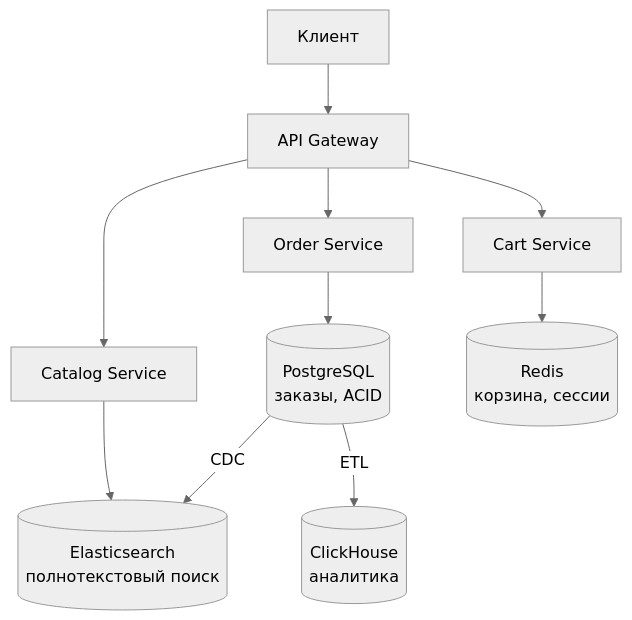
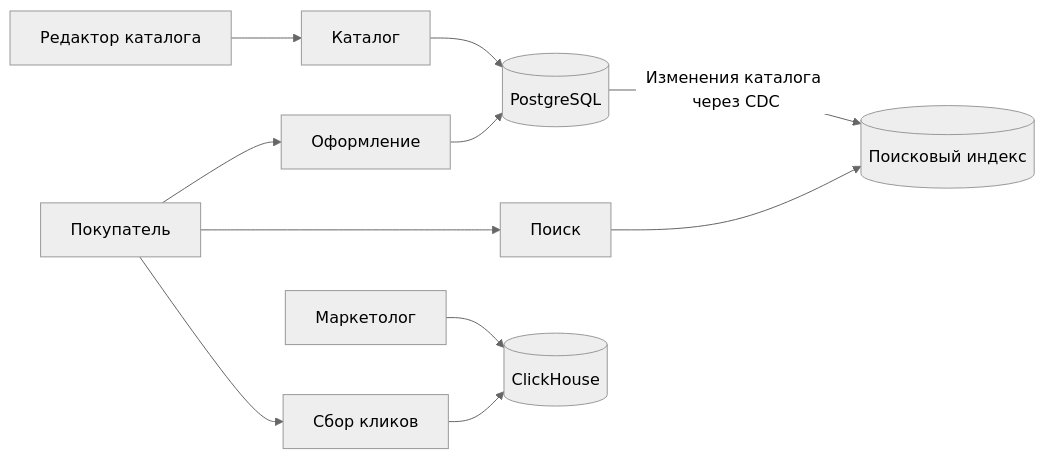
The fifth of 5 diagrams in content/lectures/Lec9/vitepress.md (Kert0n/KPO), drawn with Mermaid (neutral theme) before and after one commit. The commit also changed other lines of this file, not shown here.

````diff
--- a/content/lectures/Lec9/vitepress.md
+++ b/content/lectures/Lec9/vitepress.md
@@ -2132,12 +1034,13 @@
 ```mermaid
-flowchart TD
-    Client["Клиент"] --> API["API Gateway"]
-    API --> Orders["Order Service"]
-    API --> Catalog["Catalog Service"]
-    API --> Cart["Cart Service"]
-    Orders --> PG[("PostgreSQL\nзаказы, ACID")]
-    Catalog --> ES[("Elasticsearch\nполнотекстовый поиск")]
-    Cart --> Redis[("Redis\nкорзина, сессии")]
-    PG -->|"CDC"| ES
-    PG -->|"ETL"| CH[("ClickHouse\nаналитика")]
+flowchart LR
+    Buyer["Покупатель"] --> Orders["Оформление"]
+    Buyer --> Search["Поиск"]
+    Editor["Редактор каталога"] --> Products["Каталог"]
+    Orders --> PG[("PostgreSQL")]
+    Products --> PG
+    PG -->|"Изменения каталога через CDC"| Index[("Поисковый индекс")]
+    Search --> Index
+    Buyer --> Events["Сбор кликов"]
+    Events --> CH[("ClickHouse")]
+    Analyst["Маркетолог"] --> CH
 ```
````
